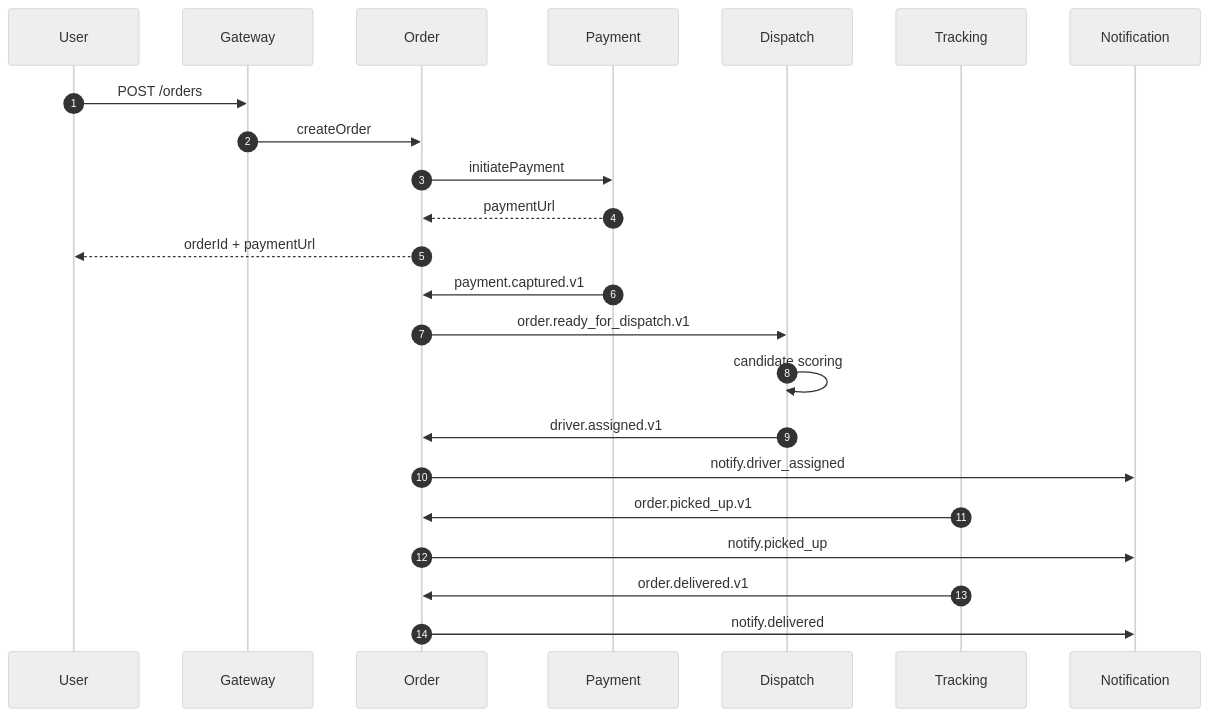
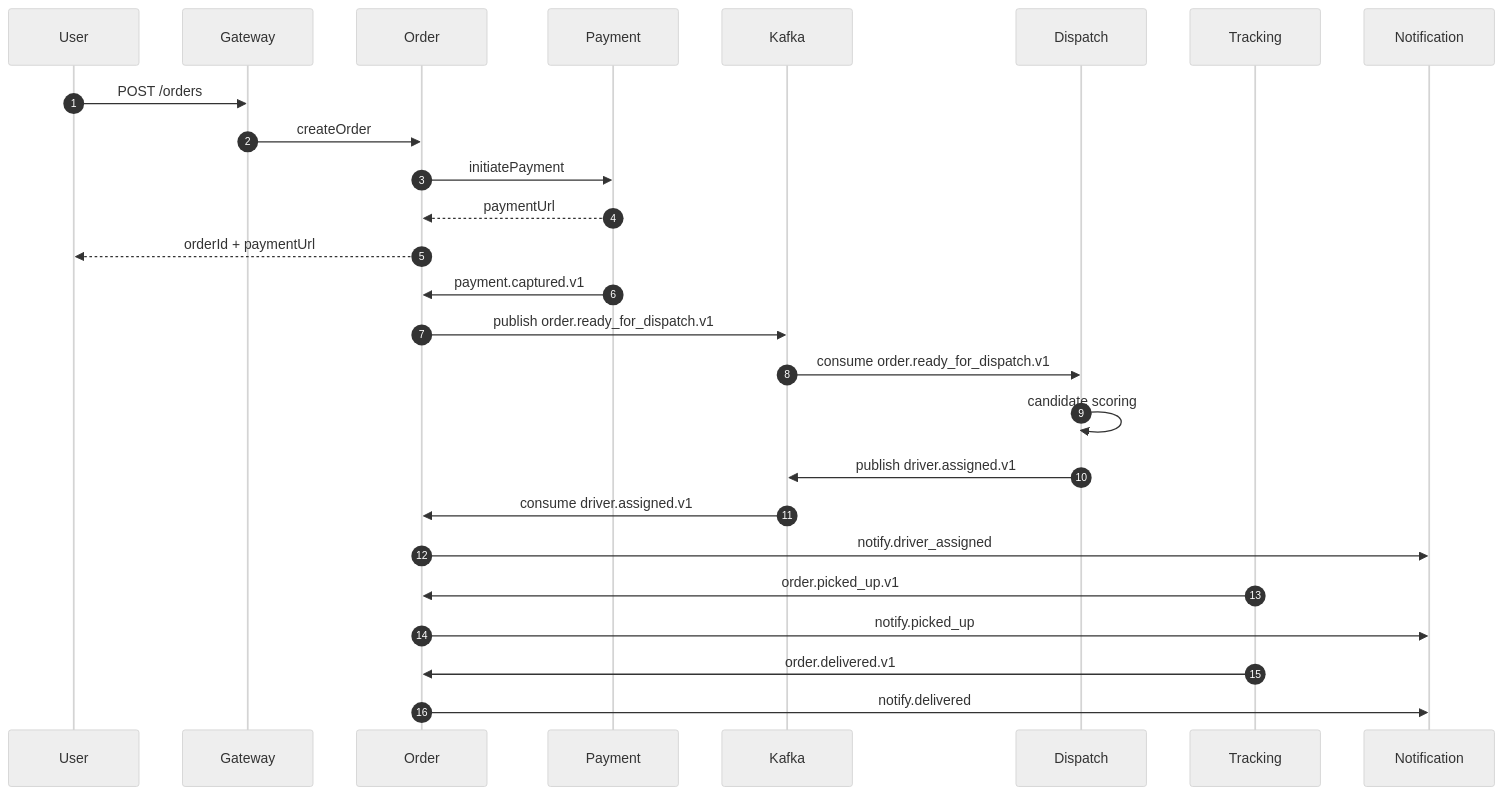
One commit to vanhiep99w/microservice-learn changed the seventh of 17 diagrams in 26-case-study-food-delivery.md. Above: the diagram before and after it, drawn with Mermaid (neutral theme). The commit also changed other lines of this file, not shown here.

````diff
--- a/26-case-study-food-delivery.md
+++ b/26-case-study-food-delivery.md
@@ -486,28 +876,31 @@
 ```mermaid
 sequenceDiagram
     autonumber
     participant U as User
     participant G as Gateway
     participant O as Order
     participant P as Payment
+    participant K as Kafka
     participant D as Dispatch
     participant T as Tracking
     participant N as Notification
 
     U->>G: POST /orders
     G->>O: createOrder
     O->>P: initiatePayment
     P-->>O: paymentUrl
     O-->>U: orderId + paymentUrl
 
     P->>O: payment.captured.v1
-    O->>D: order.ready_for_dispatch.v1
+    O->>K: publish order.ready_for_dispatch.v1
+    K->>D: consume order.ready_for_dispatch.v1
     D->>D: candidate scoring
-    D->>O: driver.assigned.v1
+    D->>K: publish driver.assigned.v1
+    K->>O: consume driver.assigned.v1
     O->>N: notify.driver_assigned
 
     T->>O: order.picked_up.v1
     O->>N: notify.picked_up
     T->>O: order.delivered.v1
     O->>N: notify.delivered
 ```
````
